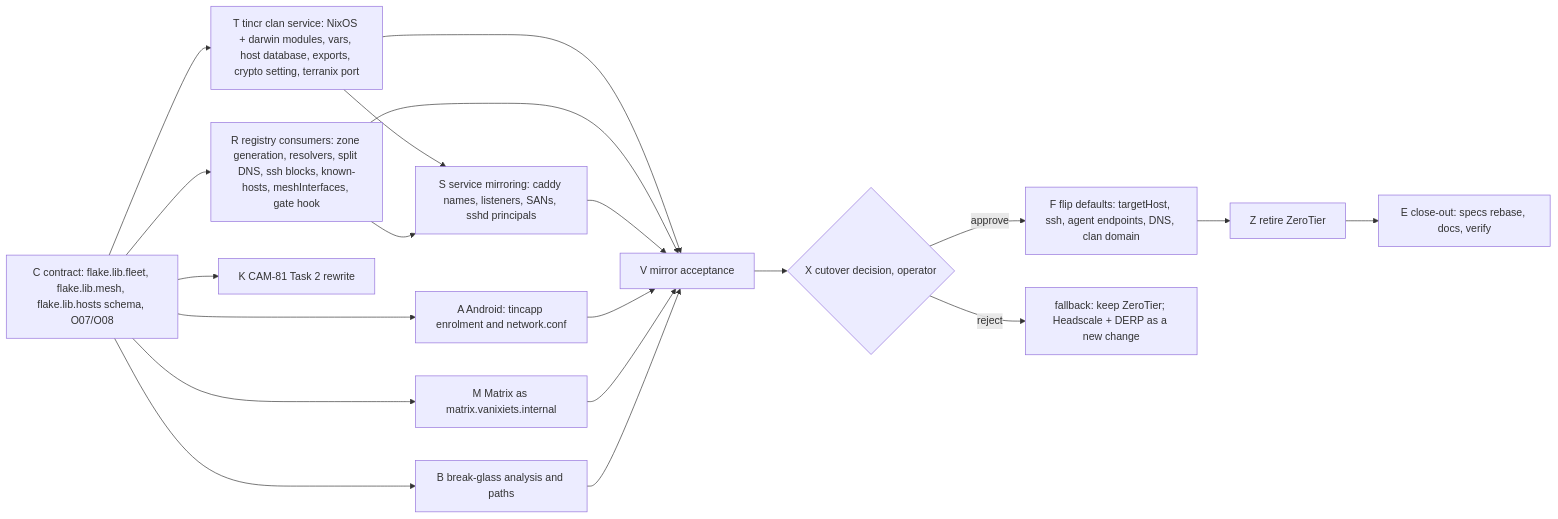
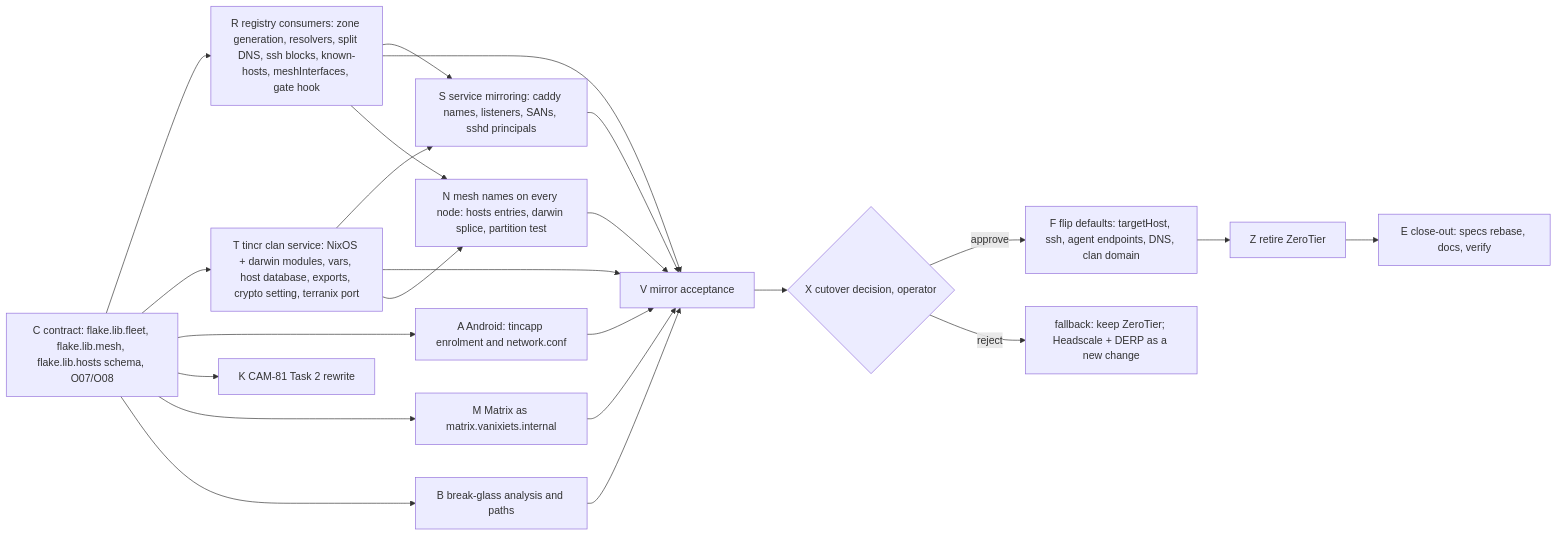
The diagram in openspec/changes/migrate-mesh-to-tincr/design.md (cameronraysmith/vanixiets), drawn with Mermaid before and after one commit. The commit also changed other lines of this file and 16 other files, not shown here.

Commit message:
feat(mesh): answer mesh names on every node from the registry

````diff
--- a/openspec/changes/migrate-mesh-to-tincr/design.md
+++ b/openspec/changes/migrate-mesh-to-tincr/design.md
@@ -84,22 +84,25 @@
 ```mermaid
 flowchart LR
   C[C contract: flake.lib.fleet, flake.lib.mesh, flake.lib.hosts schema, O07/O08] --> R[R registry consumers: zone generation, resolvers, split DNS, ssh blocks, known-hosts, meshInterfaces, gate hook]
   C --> T[T tincr clan service: NixOS + darwin modules, vars, host database, exports, crypto setting, terranix port]
   C --> A[A Android: tincapp enrolment and network.conf]
   C --> K[K CAM-81 Task 2 rewrite]
   C --> M[M Matrix as matrix.vanixiets.internal]
   C --> B[B break-glass analysis and paths]
   T --> S[S service mirroring: caddy names, listeners, SANs, sshd principals]
   R --> S
   T --> V[V mirror acceptance]
   R --> V
   S --> V
   A --> V
   M --> V
   B --> V
+  R --> N[N mesh names on every node: hosts entries, darwin splice, partition test]
+  T --> N
+  N --> V
   V --> X{X cutover decision, operator}
   X -->|approve| F[F flip defaults: targetHost, ssh, agent endpoints, DNS, clan domain]
   F --> Z[Z retire ZeroTier]
   Z --> E[E close-out: specs rebase, docs, verify]
   X -->|reject| H[fallback: keep ZeroTier; Headscale + DERP as a new change]
 ```
````
